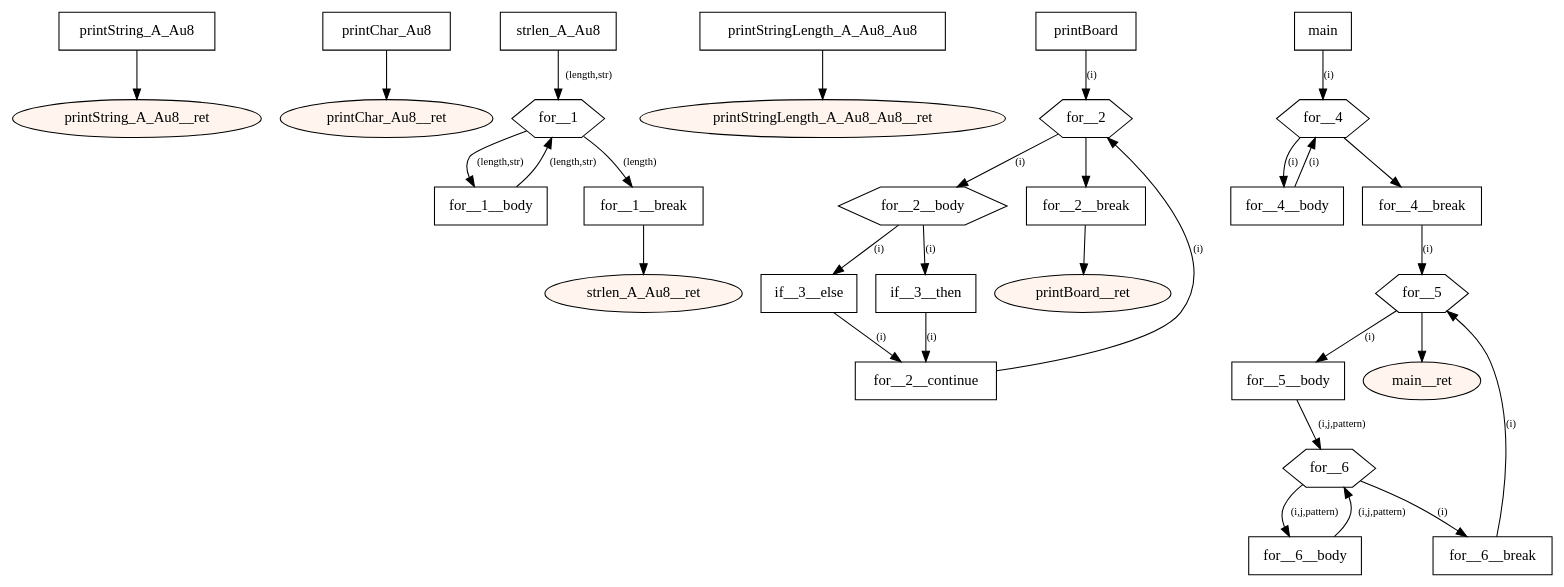
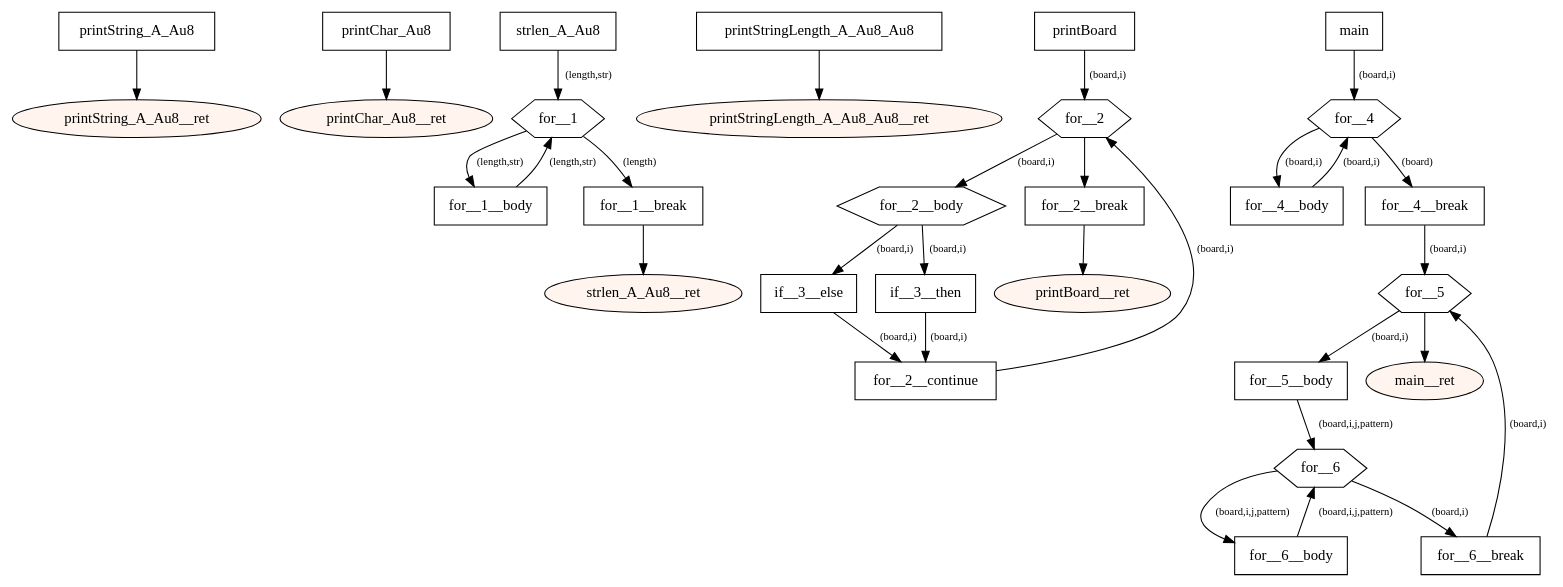
The diagram in src/main/resources-test/compiler/windows/rule110.dot (tmssngr/tinyC), drawn with Graphviz before and after one commit. The commit also changed 99 other files, not shown here.

```diff
--- a/src/main/resources-test/compiler/windows/rule110.dot
+++ b/src/main/resources-test/compiler/windows/rule110.dot
@@ -1,73 +1,73 @@
 digraph program {
 	edge[fontsize="10pt"];
 	subgraph fn_printString_A_Au8 {
 		BasicBlock_0_printString_A_Au8 [label="printString_A_Au8",shape=box];
 		BasicBlock_0_printString_A_Au8 -> BasicBlock_0_printString_A_Au8__ret;
 		BasicBlock_0_printString_A_Au8__ret [label="printString_A_Au8__ret",shape=oval,style=filled,fillcolor="#fff5ee"];
 	}
 	subgraph fn_printChar_Au8 {
 		BasicBlock_1_printChar_Au8 [label="printChar_Au8",shape=box];
 		BasicBlock_1_printChar_Au8 -> BasicBlock_1_printChar_Au8__ret;
 		BasicBlock_1_printChar_Au8__ret [label="printChar_Au8__ret",shape=oval,style=filled,fillcolor="#fff5ee"];
 	}
 	subgraph fn_strlen_A_Au8 {
 		BasicBlock_2_strlen_A_Au8 [label="strlen_A_Au8",shape=box];
 		BasicBlock_2_strlen_A_Au8 -> BasicBlock_2_for__1 [label="(length,str)"];
 		BasicBlock_2_for__1__body [label="for__1__body",shape=box];
 		BasicBlock_2_for__1__body -> BasicBlock_2_for__1 [label="(length,str)"];
 		BasicBlock_2_for__1 [label="for__1",shape=hexagon];
 		BasicBlock_2_for__1 -> BasicBlock_2_for__1__break [label="(length)"];
 		BasicBlock_2_for__1 -> BasicBlock_2_for__1__body [label="(length,str)"];
 		BasicBlock_2_for__1__break [label="for__1__break",shape=box];
 		BasicBlock_2_for__1__break -> BasicBlock_2_strlen_A_Au8__ret;
 		BasicBlock_2_strlen_A_Au8__ret [label="strlen_A_Au8__ret",shape=oval,style=filled,fillcolor="#fff5ee"];
 	}
 	subgraph fn_printStringLength_A_Au8_Au8 {
 		BasicBlock_3_printStringLength_A_Au8_Au8 [label="printStringLength_A_Au8_Au8",shape=box];
 		BasicBlock_3_printStringLength_A_Au8_Au8 -> BasicBlock_3_printStringLength_A_Au8_Au8__ret;
 		BasicBlock_3_printStringLength_A_Au8_Au8__ret [label="printStringLength_A_Au8_Au8__ret",shape=oval,style=filled,fillcolor="#fff5ee"];
 	}
 	subgraph fn_printBoard {
 		BasicBlock_4_printBoard [label="printBoard",shape=box];
-		BasicBlock_4_printBoard -> BasicBlock_4_for__2 [label="(i)"];
+		BasicBlock_4_printBoard -> BasicBlock_4_for__2 [label="(board,i)"];
 		BasicBlock_4_for__2__body [label="for__2__body",shape=hexagon];
-		BasicBlock_4_for__2__body -> BasicBlock_4_if__3__else [label="(i)"];
-		BasicBlock_4_for__2__body -> BasicBlock_4_if__3__then [label="(i)"];
+		BasicBlock_4_for__2__body -> BasicBlock_4_if__3__else [label="(board,i)"];
+		BasicBlock_4_for__2__body -> BasicBlock_4_if__3__then [label="(board,i)"];
 		BasicBlock_4_if__3__else [label="if__3__else",shape=box];
-		BasicBlock_4_if__3__else -> BasicBlock_4_for__2__continue [label="(i)"];
+		BasicBlock_4_if__3__else -> BasicBlock_4_for__2__continue [label="(board,i)"];
 		BasicBlock_4_if__3__then [label="if__3__then",shape=box];
-		BasicBlock_4_if__3__then -> BasicBlock_4_for__2__continue [label="(i)"];
+		BasicBlock_4_if__3__then -> BasicBlock_4_for__2__continue [label="(board,i)"];
 		BasicBlock_4_for__2__continue [label="for__2__continue",shape=box];
-		BasicBlock_4_for__2__continue -> BasicBlock_4_for__2 [label="(i)"];
+		BasicBlock_4_for__2__continue -> BasicBlock_4_for__2 [label="(board,i)"];
 		BasicBlock_4_for__2 [label="for__2",shape=hexagon];
 		BasicBlock_4_for__2 -> BasicBlock_4_for__2__break;
-		BasicBlock_4_for__2 -> BasicBlock_4_for__2__body [label="(i)"];
+		BasicBlock_4_for__2 -> BasicBlock_4_for__2__body [label="(board,i)"];
 		BasicBlock_4_for__2__break [label="for__2__break",shape=box];
 		BasicBlock_4_for__2__break -> BasicBlock_4_printBoard__ret;
 		BasicBlock_4_printBoard__ret [label="printBoard__ret",shape=oval,style=filled,fillcolor="#fff5ee"];
 	}
 	subgraph fn_main {
 		BasicBlock_5_main [label="main",shape=box];
-		BasicBlock_5_main -> BasicBlock_5_for__4 [label="(i)"];
+		BasicBlock_5_main -> BasicBlock_5_for__4 [label="(board,i)"];
 		BasicBlock_5_for__4__body [label="for__4__body",shape=box];
-		BasicBlock_5_for__4__body -> BasicBlock_5_for__4 [label="(i)"];
+		BasicBlock_5_for__4__body -> BasicBlock_5_for__4 [label="(board,i)"];
 		BasicBlock_5_for__4 [label="for__4",shape=hexagon];
-		BasicBlock_5_for__4 -> BasicBlock_5_for__4__break;
-		BasicBlock_5_for__4 -> BasicBlock_5_for__4__body [label="(i)"];
+		BasicBlock_5_for__4 -> BasicBlock_5_for__4__break [label="(board)"];
+		BasicBlock_5_for__4 -> BasicBlock_5_for__4__body [label="(board,i)"];
 		BasicBlock_5_for__4__break [label="for__4__break",shape=box];
-		BasicBlock_5_for__4__break -> BasicBlock_5_for__5 [label="(i)"];
+		BasicBlock_5_for__4__break -> BasicBlock_5_for__5 [label="(board,i)"];
 		BasicBlock_5_for__5__body [label="for__5__body",shape=box];
-		BasicBlock_5_for__5__body -> BasicBlock_5_for__6 [label="(i,j,pattern)"];
+		BasicBlock_5_for__5__body -> BasicBlock_5_for__6 [label="(board,i,j,pattern)"];
 		BasicBlock_5_for__6__body [label="for__6__body",shape=box];
-		BasicBlock_5_for__6__body -> BasicBlock_5_for__6 [label="(i,j,pattern)"];
+		BasicBlock_5_for__6__body -> BasicBlock_5_for__6 [label="(board,i,j,pattern)"];
 		BasicBlock_5_for__6 [label="for__6",shape=hexagon];
-		BasicBlock_5_for__6 -> BasicBlock_5_for__6__break [label="(i)"];
-		BasicBlock_5_for__6 -> BasicBlock_5_for__6__body [label="(i,j,pattern)"];
+		BasicBlock_5_for__6 -> BasicBlock_5_for__6__break [label="(board,i)"];
+		BasicBlock_5_for__6 -> BasicBlock_5_for__6__body [label="(board,i,j,pattern)"];
 		BasicBlock_5_for__6__break [label="for__6__break",shape=box];
-		BasicBlock_5_for__6__break -> BasicBlock_5_for__5 [label="(i)"];
+		BasicBlock_5_for__6__break -> BasicBlock_5_for__5 [label="(board,i)"];
 		BasicBlock_5_for__5 [label="for__5",shape=hexagon];
 		BasicBlock_5_for__5 -> BasicBlock_5_main__ret;
-		BasicBlock_5_for__5 -> BasicBlock_5_for__5__body [label="(i)"];
+		BasicBlock_5_for__5 -> BasicBlock_5_for__5__body [label="(board,i)"];
 		BasicBlock_5_main__ret [label="main__ret",shape=oval,style=filled,fillcolor="#fff5ee"];
 	}
 }
```
